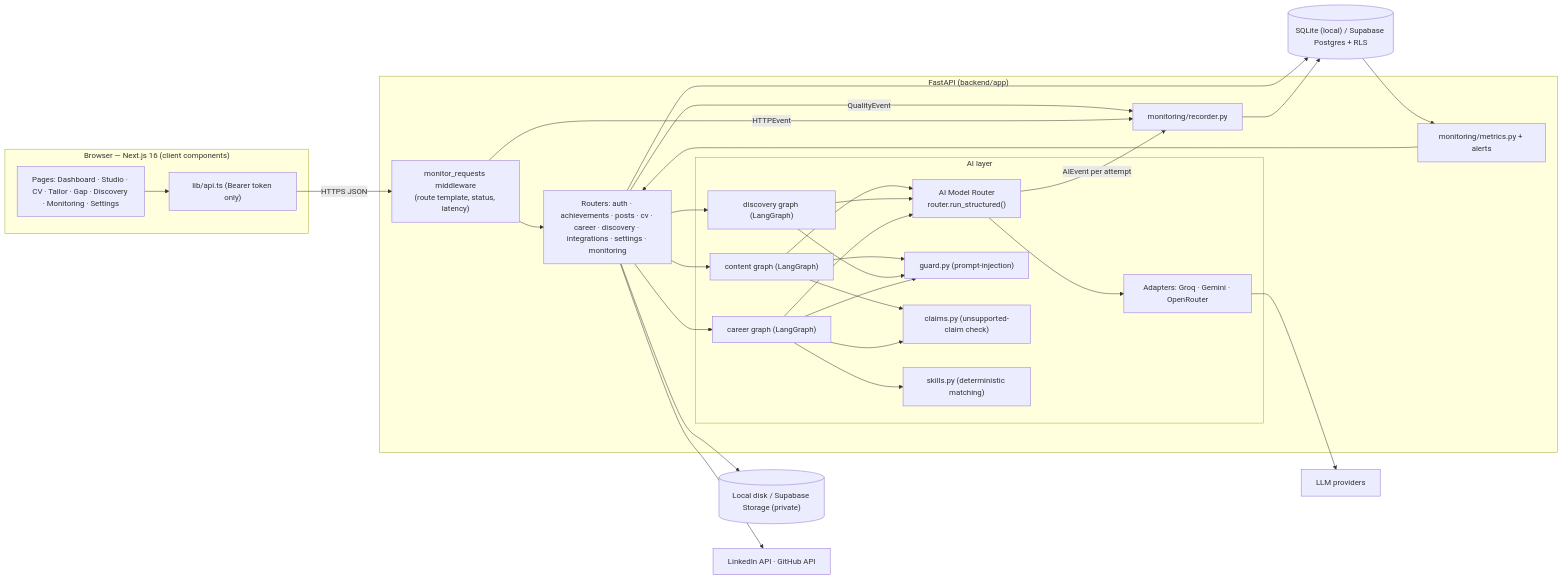
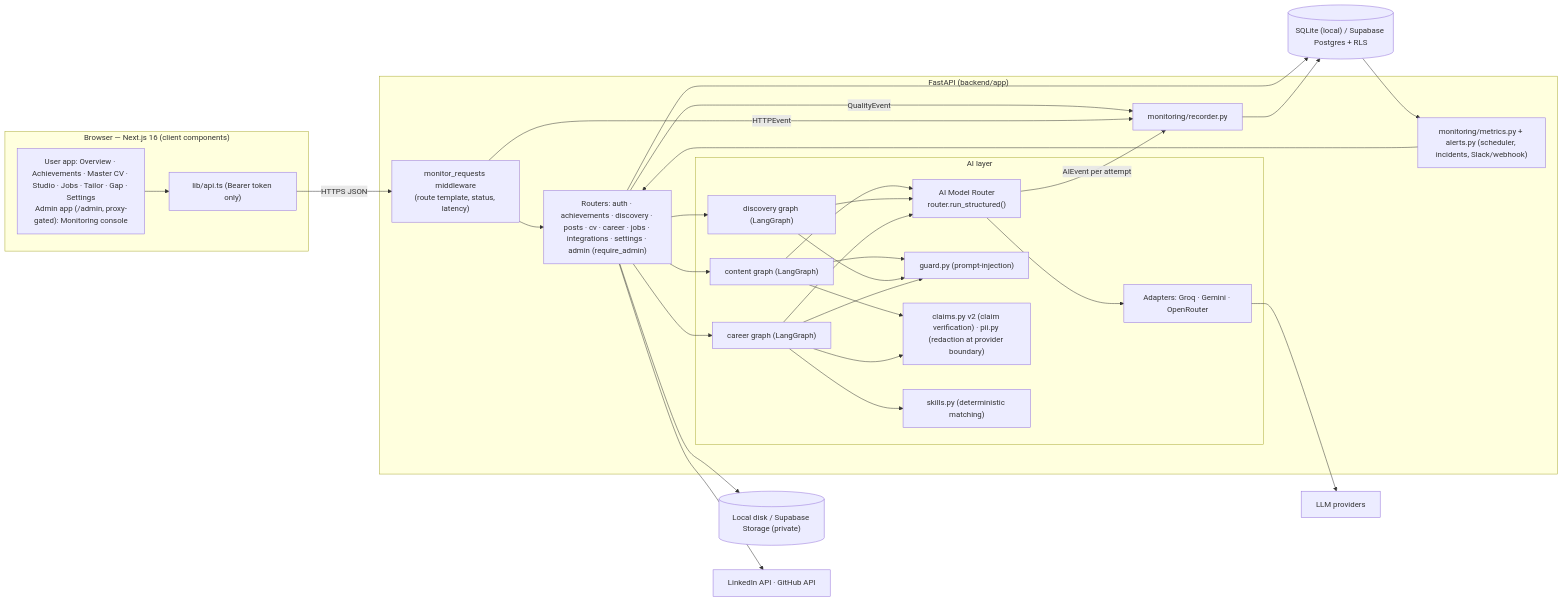
The first of 2 diagrams in docs/ARCHITECTURE.md (Nadaalnashwan/wasl), drawn with Mermaid before and after one commit. The commit also changed other lines of this file and 50 other files, not shown here.

First line of the commit message:
Fix root causes found by eval v2; admin console; v2 docs

````diff
--- a/docs/ARCHITECTURE.md
+++ b/docs/ARCHITECTURE.md
@@ -5,43 +5,43 @@
 ```mermaid
 flowchart LR
   subgraph Browser["Browser — Next.js 16 (client components)"]
-    UI["Pages: Dashboard · Studio · CV · Tailor · Gap · Discovery · Monitoring · Settings"]
+    UI["User app: Overview · Achievements · Master CV · Studio · Jobs · Tailor · Gap · Settings<br/>Admin app (/admin, proxy-gated): Monitoring console"]
     APIc["lib/api.ts (Bearer token only)"]
     UI --> APIc
   end
   subgraph Backend["FastAPI (backend/app)"]
     MW["monitor_requests middleware<br/>(route template, status, latency)"]
-    R["Routers: auth · achievements · posts · cv · career · discovery · integrations · settings · monitoring"]
+    R["Routers: auth · achievements · discovery · posts · cv · career · jobs · integrations · settings · admin (require_admin)"]
     subgraph AI["AI layer"]
       G1["content graph (LangGraph)"]
       G2["discovery graph (LangGraph)"]
       G3["career graph (LangGraph)"]
       RT["AI Model Router<br/>router.run_structured()"]
       AD["Adapters: Groq · Gemini · OpenRouter"]
       GU["guard.py (prompt-injection)"]
-      CC["claims.py (unsupported-claim check)"]
+      CC["claims.py v2 (claim verification) · pii.py (redaction at provider boundary)"]
       SK["skills.py (deterministic matching)"]
     end
     REC["monitoring/recorder.py"]
-    MET["monitoring/metrics.py + alerts"]
+    MET["monitoring/metrics.py + alerts.py (scheduler, incidents, Slack/webhook)"]
   end
   DB[("SQLite (local) / Supabase Postgres + RLS")]
   ST[("Local disk / Supabase Storage (private)")]
   EXT["LinkedIn API · GitHub API"]
   LLM["LLM providers"]
 
   APIc -- HTTPS JSON --> MW --> R
   R --> G1 & G2 & G3
   G1 & G2 & G3 --> GU
   G1 & G2 & G3 --> RT --> AD --> LLM
   G1 & G3 --> CC
   G3 --> SK
   R --> DB
   R --> ST
   R --> EXT
   RT -- AIEvent per attempt --> REC
   R -- QualityEvent --> REC
   MW -- HTTPEvent --> REC
   REC --> DB
   DB --> MET --> R
 ```
````
